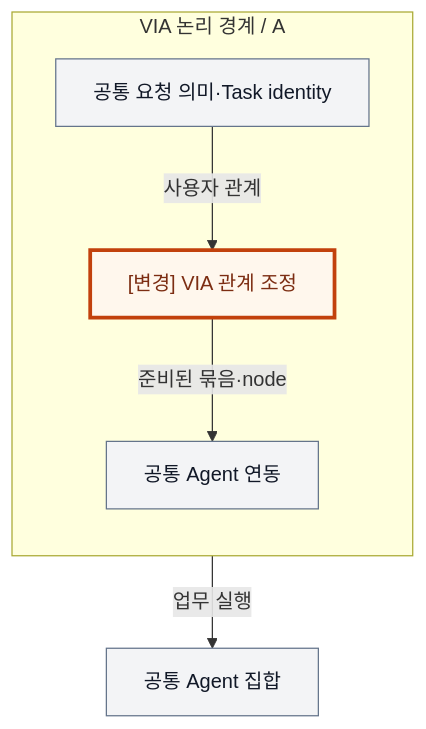
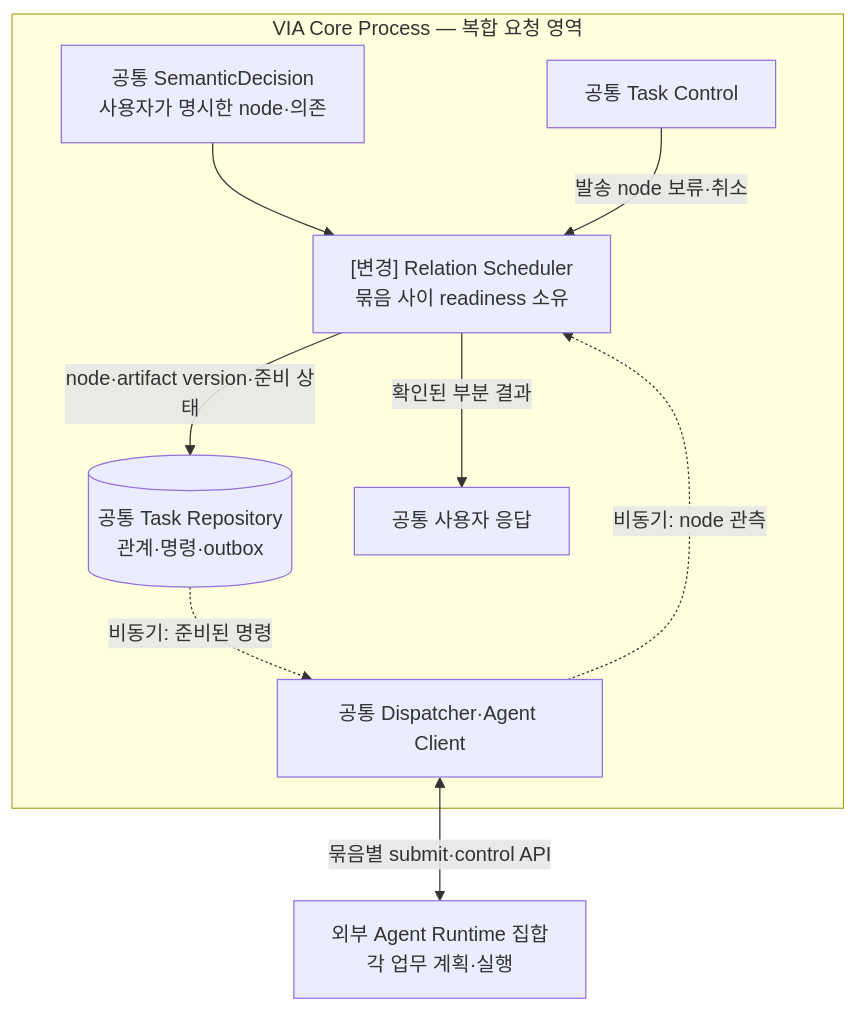
The second of 4 diagrams in docs/architecture/12-decisions/via-dp-07-compound-orchestration.md (cbyche/via-sw-architecture), drawn with Mermaid before and after one commit. The commit also changed other lines of this file and 59 other files, not shown here.

Commit message:
docs: consolidate comprehensive VIA decision inventory and implementation diagrams

````diff
--- a/docs/architecture/12-decisions/via-dp-07-compound-orchestration.md
+++ b/docs/architecture/12-decisions/via-dp-07-compound-orchestration.md
@@ -45,14 +53,12 @@
 ```mermaid
 flowchart TB
- subgraph V["VIA 논리 경계 / A"]
- direction TB
- R["공통 요청 의미·Task identity"] -->|사용자 관계| G["[변경] VIA 관계 조정"]
- G -->|준비된 묶음·node| I["공통 Agent 연동"]
+ subgraph V["VIA Core Process — 복합 요청 영역"]
+ R["공통 SemanticDecision<br/>사용자가 명시한 node·의존"] --> G["[변경] Relation Scheduler<br/>묶음 사이 readiness 소유"]
+ G -->|"node·artifact version·준비 상태"| DB[("공통 Task Repository<br/>관계·명령·outbox")]
+ DB -.->|"비동기: 준비된 명령"| D["공통 Dispatcher·Agent Client"]
+ D -.->|"비동기: node 관측"| G
+ U["공통 Task Control"] -->|"발송 node 보류·취소"| G
+ G -->|"확인된 부분 결과"| P["공통 사용자 응답"]
  end
- I -->|업무 실행| A["공통 Agent 집합"]
-
-classDef common fill:#F3F4F6,stroke:#64748B,color:#111827;
-classDef change fill:#FFF7ED,stroke:#C2410C,stroke-width:3px,color:#7C2D12;
-class R,I,A common;
-class G change;
+ D <-->|"묶음별 submit·control API"| A["외부 Agent Runtime 집합<br/>각 업무 계획·실행"]
 ```
````
